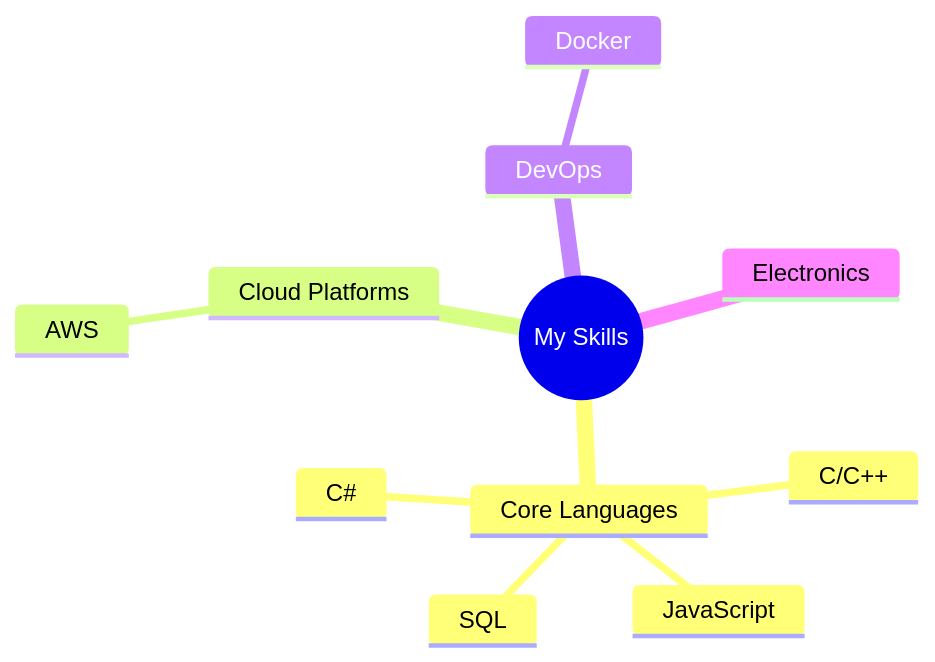
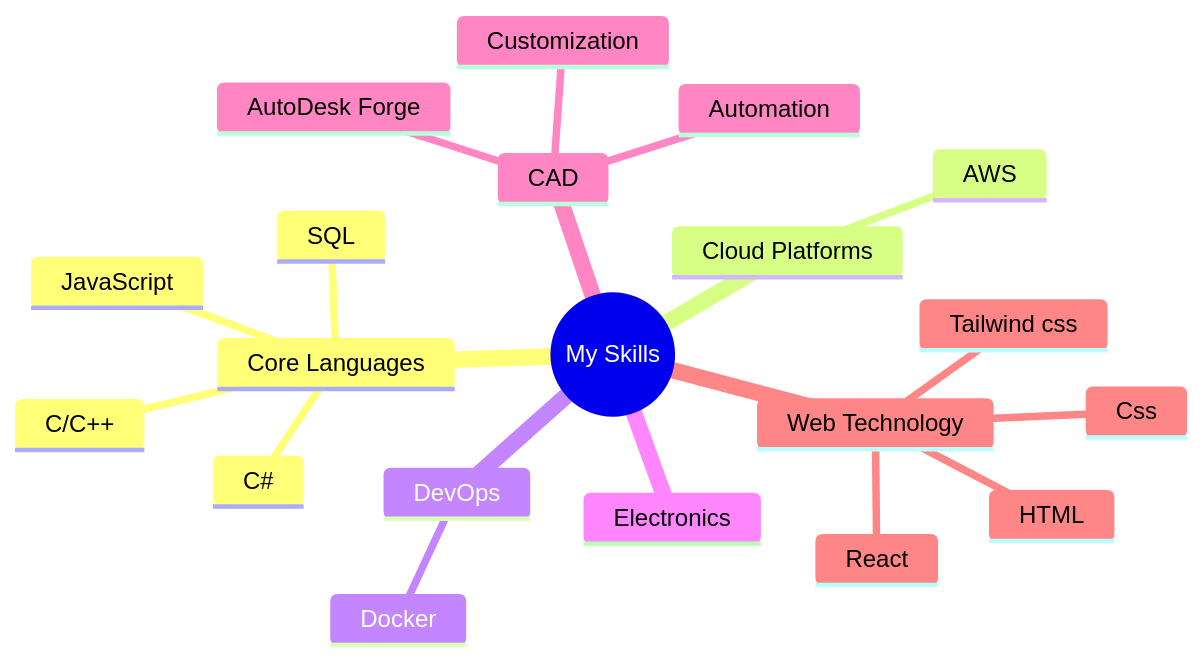
One commit to Ankan5960/Ankan5960 changed the diagram in README.md. Above: the diagram before and after it, drawn with Mermaid.

````diff
--- a/README.md
+++ b/README.md
@@ -30,14 +30,23 @@
 ```mermaid
 mindmap
   root((My Skills))
     Core Languages
       C/C++
       JavaScript
       C#
       SQL
     Cloud Platforms
       AWS
     DevOps
       Docker
     Electronics
+    CAD
+      Customization
+      Automation
+      AutoDesk Forge
+    Web Technology
+      React
+      HTML
+      Css
+      Tailwind css
 ```
````
